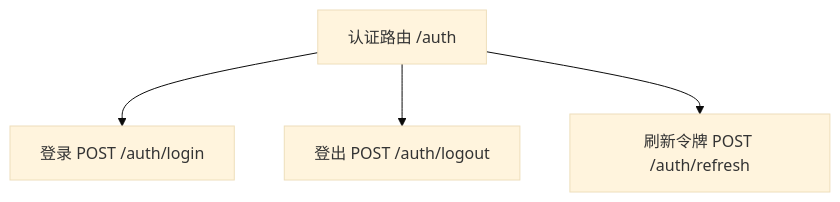
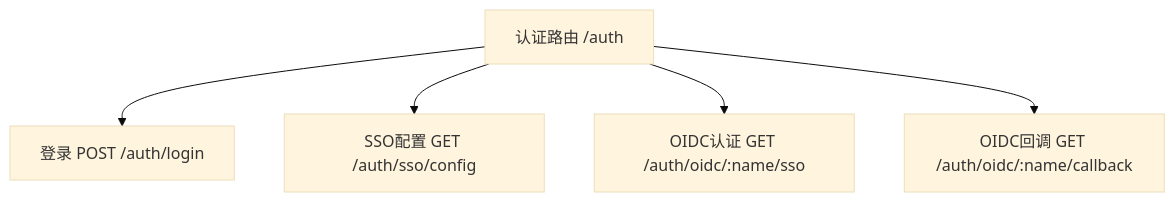
The second of 7 diagrams in docs/route_structure.md (weibaohui/k8m), drawn with Mermaid (base theme) before and after one commit. The commit also changed other lines of this file, not shown here.

````diff
--- a/docs/route_structure.md
+++ b/docs/route_structure.md
@@ -16,8 +18,7 @@
 ```mermaid
 graph TD
     B[认证路由 /auth] --> B1[登录 POST /auth/login]
-    B --> B2[登出 POST /auth/logout]
-    B --> B3[刷新令牌 POST /auth/refresh]
-
-    
+    B --> B2[SSO配置 GET /auth/sso/config]
+    B --> B3[OIDC认证 GET /auth/oidc/:name/sso]
+    B --> B4[OIDC回调 GET /auth/oidc/:name/callback]
 ```
````
